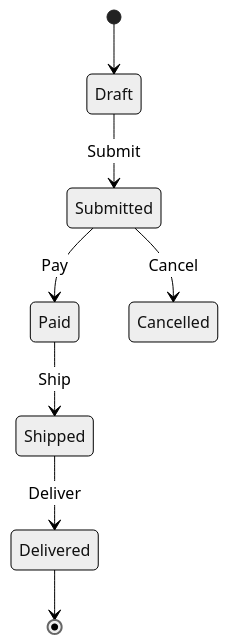
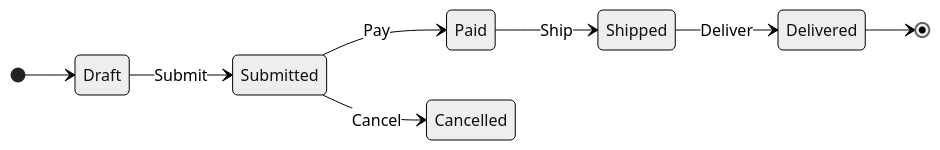
The second of 3 diagrams in Docs/RxStateMachine PRD.md (mjfreelancing/RxStateMachine), drawn with Mermaid (neutral theme) before and after one commit. The commit also changed other lines of this file and 1 other file, not shown here.

````diff
--- a/Docs/RxStateMachine PRD.md
+++ b/Docs/RxStateMachine PRD.md
@@ -706,10 +755,12 @@
 ```mermaid
 stateDiagram-v2
+    direction LR
+
     [*] --> Draft
     Draft --> Submitted : Submit
     Submitted --> Paid : Pay
     Submitted --> Cancelled : Cancel
     Paid --> Shipped : Ship
     Shipped --> Delivered : Deliver
     Delivered --> [*]
 ```
````
